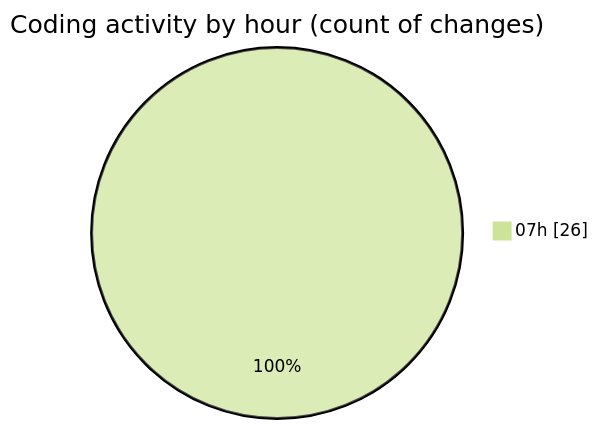
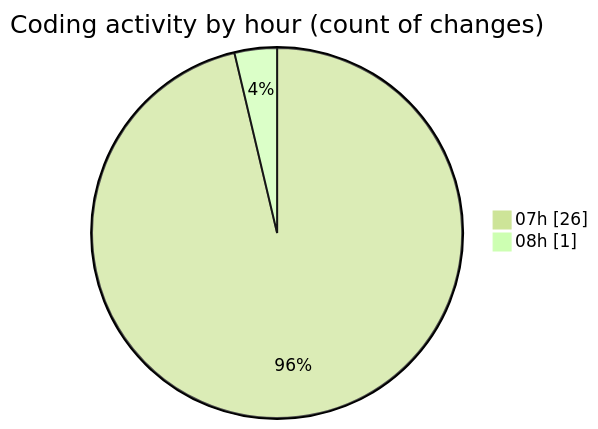
Before and after one commit to vahidmafi/code-tracking: the second of 2 diagrams in 2025-10-04/shop/README.md, drawn with Mermaid (forest theme). The commit also changed other lines of this file and 1 other file, not shown here.

````diff
--- a/2025-10-04/shop/README.md
+++ b/2025-10-04/shop/README.md
@@ -32,5 +32,6 @@
 ```mermaid
 pie showData
 title Coding activity by hour (count of changes)
 "07h" : 26
+"08h" : 1
 ```
````
